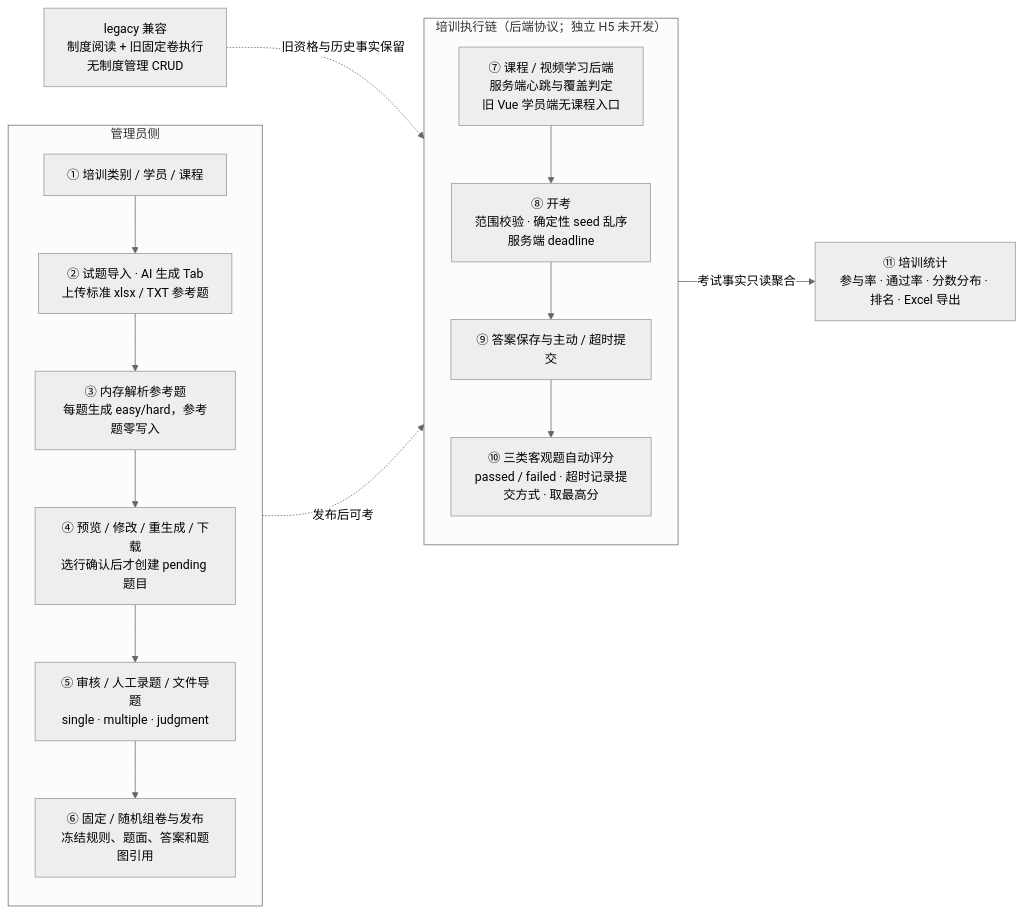
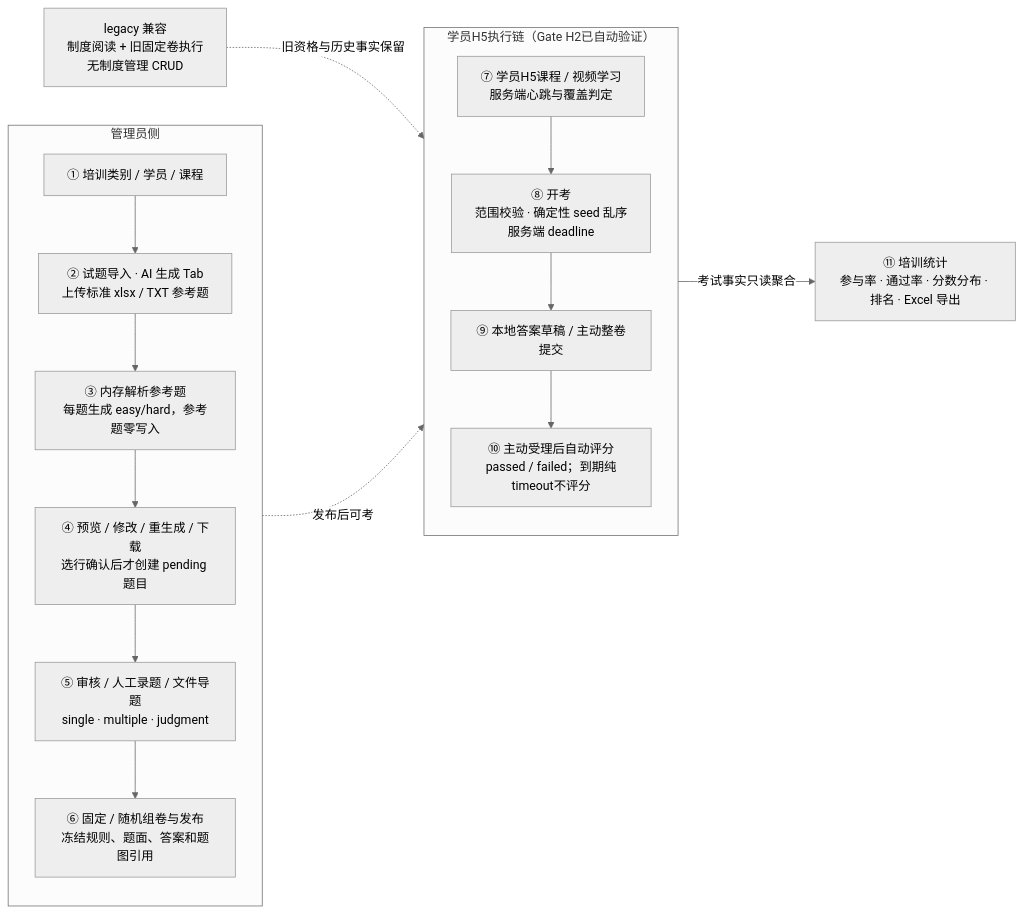
Before and after one commit to caoguanjie/emodor-exam: the first of 23 diagrams in docs/design/06-关键流程.md, drawn with Mermaid (neutral theme). The commit also changed other lines of this file and 302 other files, not shown here.

````diff
--- a/docs/design/06-关键流程.md
+++ b/docs/design/06-关键流程.md
@@ -17,29 +17,29 @@
 ```mermaid
 flowchart LR
     subgraph LANE_A["管理员侧"]
         direction TB
         A0["① 培训类别 / 学员 / 课程"]
         A1["② 试题导入 · AI 生成 Tab<br/>上传标准 xlsx / TXT 参考题"]
         A2["③ 内存解析参考题<br/>每题生成 easy/hard，参考题零写入"]
         A3["④ 预览 / 修改 / 重生成 / 下载<br/>选行确认后才创建 pending 题目"]
         A4["⑤ 审核 / 人工录题 / 文件导题<br/>single · multiple · judgment"]
         A5["⑥ 固定 / 随机组卷与发布<br/>冻结规则、题面、答案和题图引用"]
         A0 --> A1 --> A2 --> A3 --> A4 --> A5
     end
 
-    subgraph LANE_E["培训执行链（后端协议；独立 H5 未开发）"]
+    subgraph LANE_E["学员H5执行链（Gate H2已自动验证）"]
         direction TB
-        E1["⑦ 课程 / 视频学习后端<br/>服务端心跳与覆盖判定<br/>旧 Vue 学员端无课程入口"]
+        E1["⑦ 学员H5课程 / 视频学习<br/>服务端心跳与覆盖判定"]
         E2["⑧ 开考<br/>范围校验 · 确定性 seed 乱序<br/>服务端 deadline"]
-        E3["⑨ 答案保存与主动 / 超时提交"]
-        E4["⑩ 三类客观题自动评分<br/>passed / failed · 超时记录提交方式 · 取最高分"]
+        E3["⑨ 本地答案草稿 / 主动整卷提交"]
+        E4["⑩ 主动受理后自动评分<br/>passed / failed；到期纯timeout不评分"]
         E1 --> E2 --> E3 --> E4
     end
 
     S["⑪ 培训统计<br/>参与率 · 通过率 · 分数分布 · 排名 · Excel 导出"]
     L["legacy 兼容<br/>制度阅读 + 旧固定卷执行<br/>无制度管理 CRUD"]
 
     A5 -.->|"发布后可考"| E2
     E4 -->|"考试事实只读聚合"| S
     L -.->|"旧资格与历史事实保留"| E2
 ```
````
